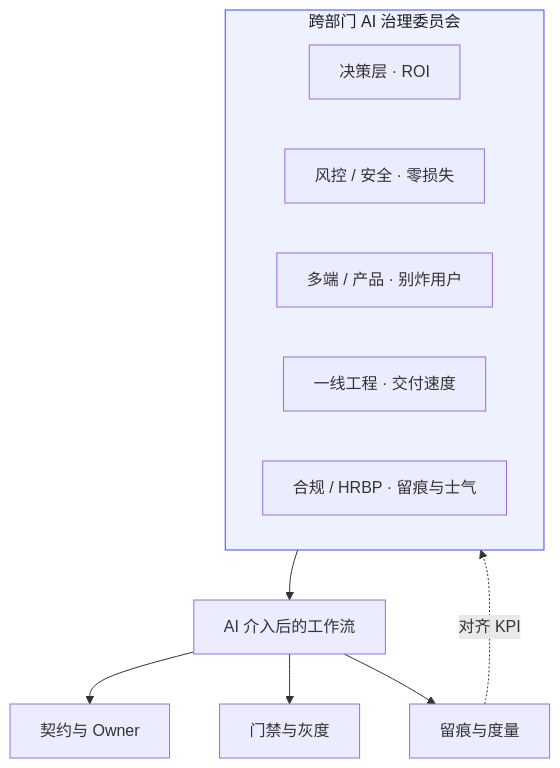
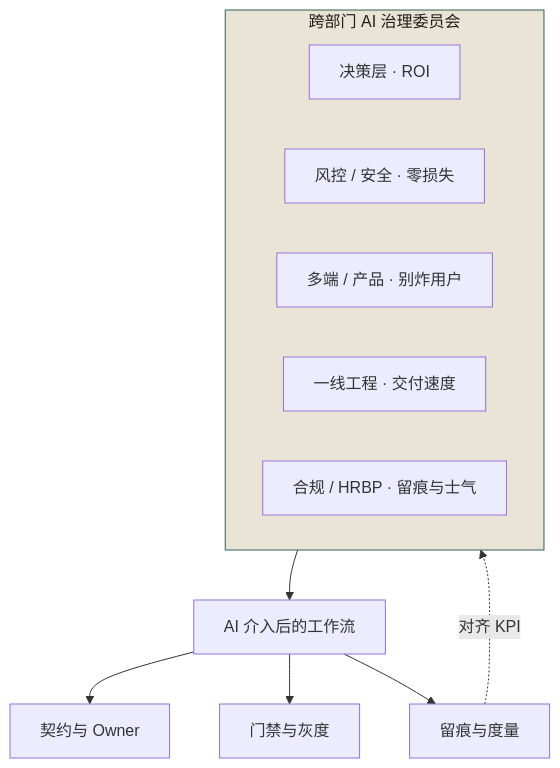
Before and after one commit to funny8kids/AI_Native_Software_Engineering: the first of 2 diagrams in docs/manuscript/ch31-第26章-组织治理.md, drawn with Mermaid. The commit also changed other lines of this file and 81 other files, not shown here.

````diff
--- a/docs/manuscript/ch31-第26章-组织治理.md
+++ b/docs/manuscript/ch31-第26章-组织治理.md
@@ -36,16 +36,16 @@
 ```mermaid
 flowchart TB
   subgraph C["跨部门 AI 治理委员会"]
     DIR[决策层 · ROI]
     RISK[风控 / 安全 · 零损失]
     END[多端 / 产品 · 别炸用户]
     ENG[一线工程 · 交付速度]
     COMP[合规 / HRBP · 留痕与士气]
   end
   C --> WF["AI 介入后的工作流"]
   WF --> W1[契约与 Owner]
   WF --> W2[门禁与灰度]
   WF --> W3[留痕与度量]
   W3 -.对齐 KPI.-> C
-  style C fill:#eef2ff,stroke:#4f46e5,color:#1a1d23
+  style C fill:#eae4d6,stroke:#2f6154,color:#1e1c19
 ```
````
